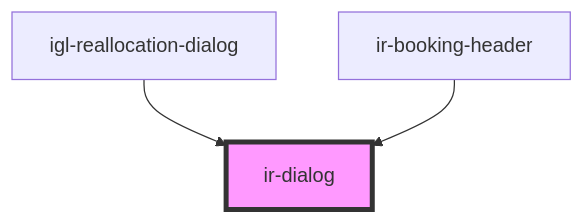
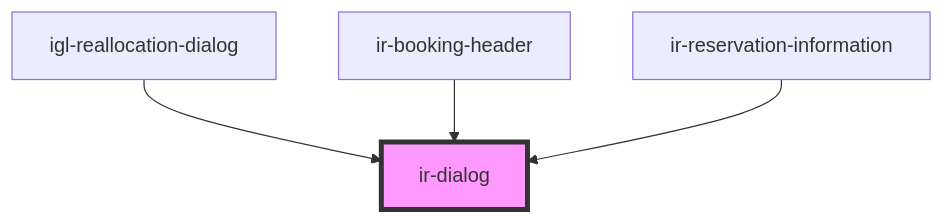
Before and after one commit to David1Chowaifaty/modified-ir-webcmp: the diagram in src/components/ui/ir-dialog/readme.md, drawn with Mermaid. The commit also changed other lines of this file and 70 other files, not shown here.

````diff
--- a/src/components/ui/ir-dialog/readme.md
+++ b/src/components/ui/ir-dialog/readme.md
@@ -53,6 +60,7 @@
 ```mermaid
 graph TD;
   igl-reallocation-dialog --> ir-dialog
   ir-booking-header --> ir-dialog
+  ir-reservation-information --> ir-dialog
   style ir-dialog fill:#f9f,stroke:#333,stroke-width:4px
 ```
````
